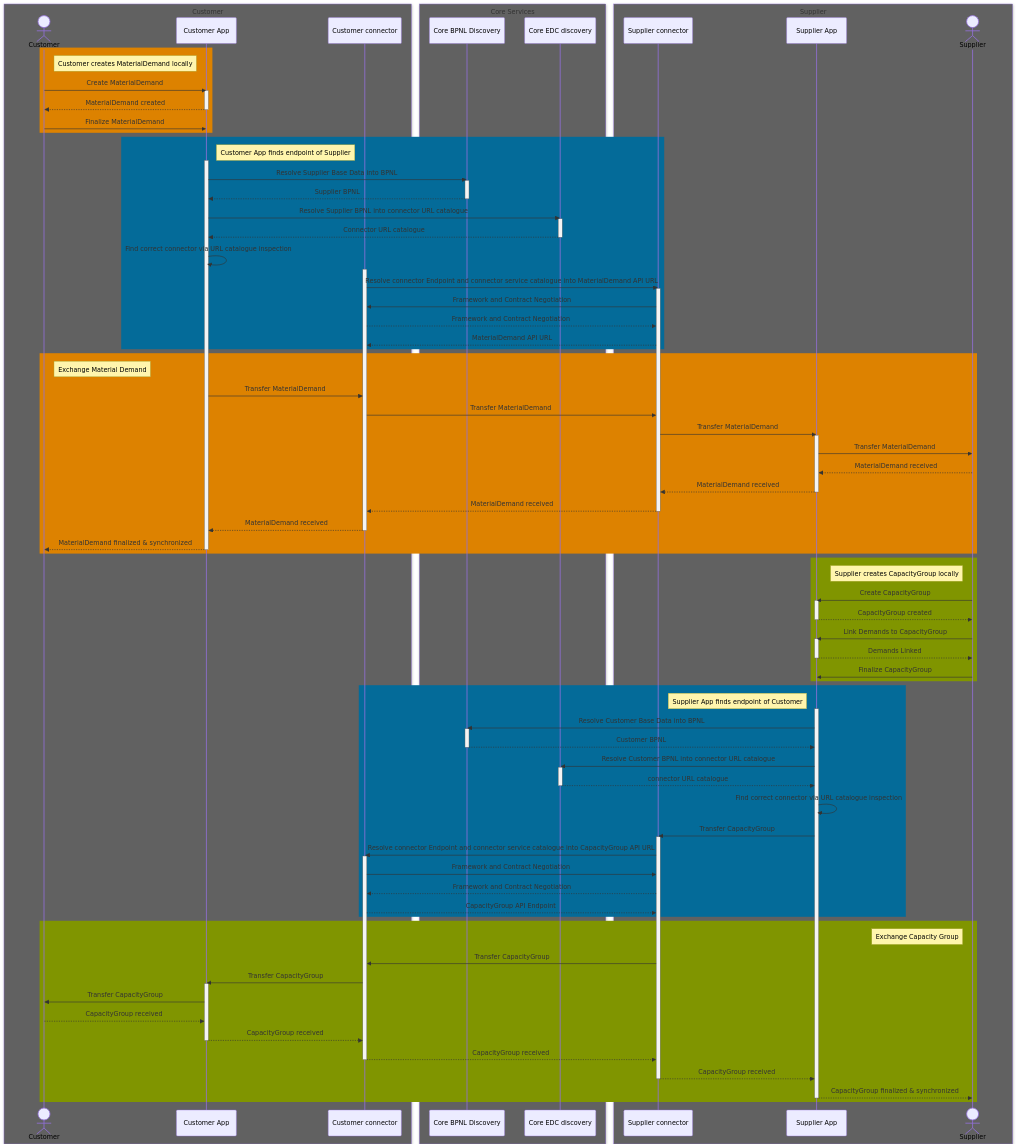
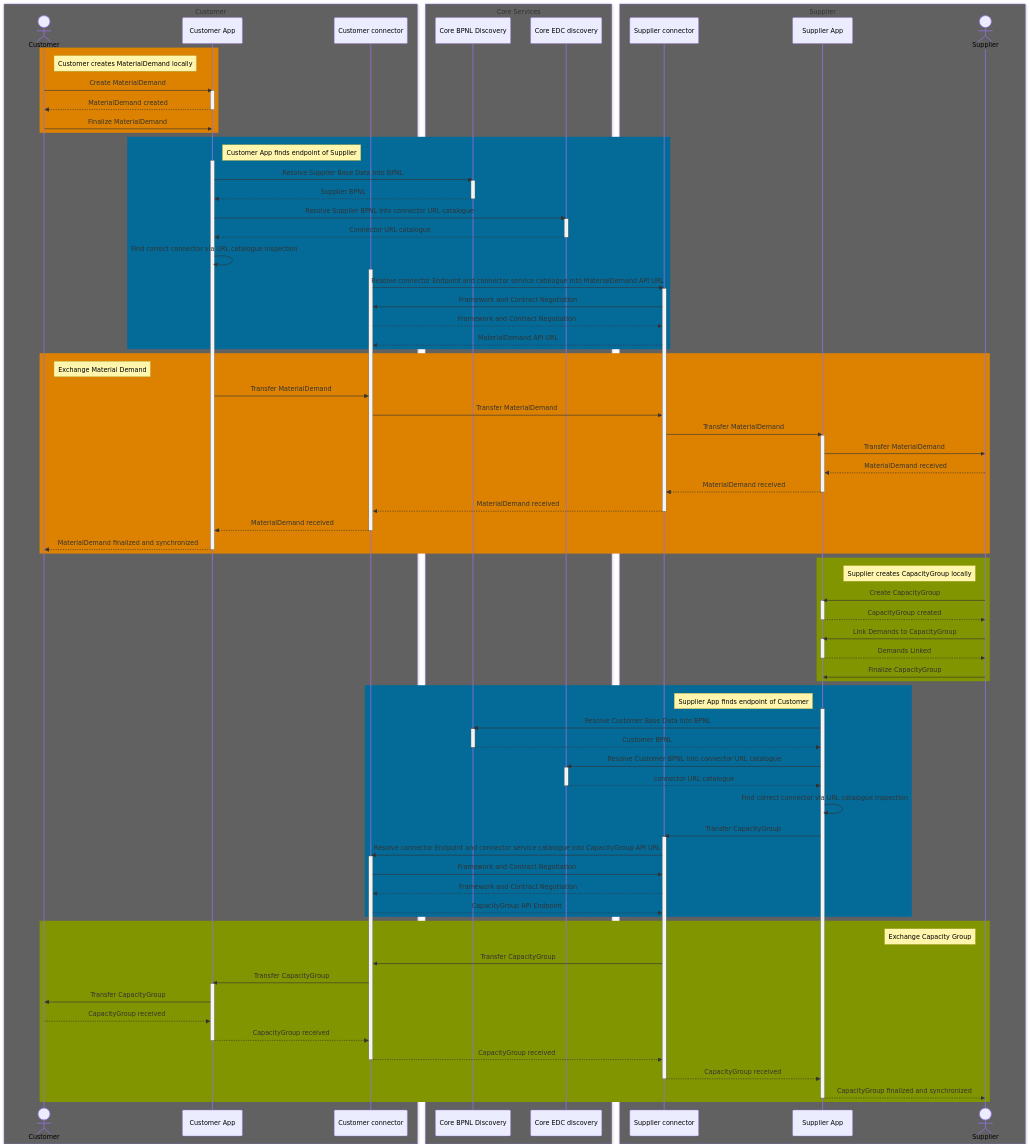
One commit to eclipse-tractusx/eclipse-tractusx.github.io changed the diagram in docs-kits_versioned_docs/version-25.03/kits/demand-and-capacity-management-kit/architecture-view/overview.md. Above: the diagram before and after it, drawn with Mermaid. The commit also changed 102 other files, not shown here.

Commit message:
reenabled mermaid for 24.12

````diff
--- a/docs-kits_versioned_docs/version-25.03/kits/demand-and-capacity-management-kit/architecture-view/overview.md
+++ b/docs-kits_versioned_docs/version-25.03/kits/demand-and-capacity-management-kit/architecture-view/overview.md
@@ -124,7 +124,7 @@
         deactivate SupplierConnector
         CustomerConnector -->> CustomerApp: MaterialDemand received
         deactivate CustomerConnector
-        CustomerApp -->> Customer: MaterialDemand finalized & synchronized
+        CustomerApp -->> Customer: MaterialDemand finalized and synchronized
         deactivate CustomerApp
     end
     rect rgb(128,149,0)
@@ -172,7 +172,7 @@
         deactivate CustomerConnector
         SupplierConnector -->> SupplierApp: CapacityGroup received
         deactivate SupplierConnector
-        SupplierApp -->> Supplier: CapacityGroup finalized & synchronized
+        SupplierApp -->> Supplier: CapacityGroup finalized and synchronized
         deactivate SupplierApp
     end
 ```
````
